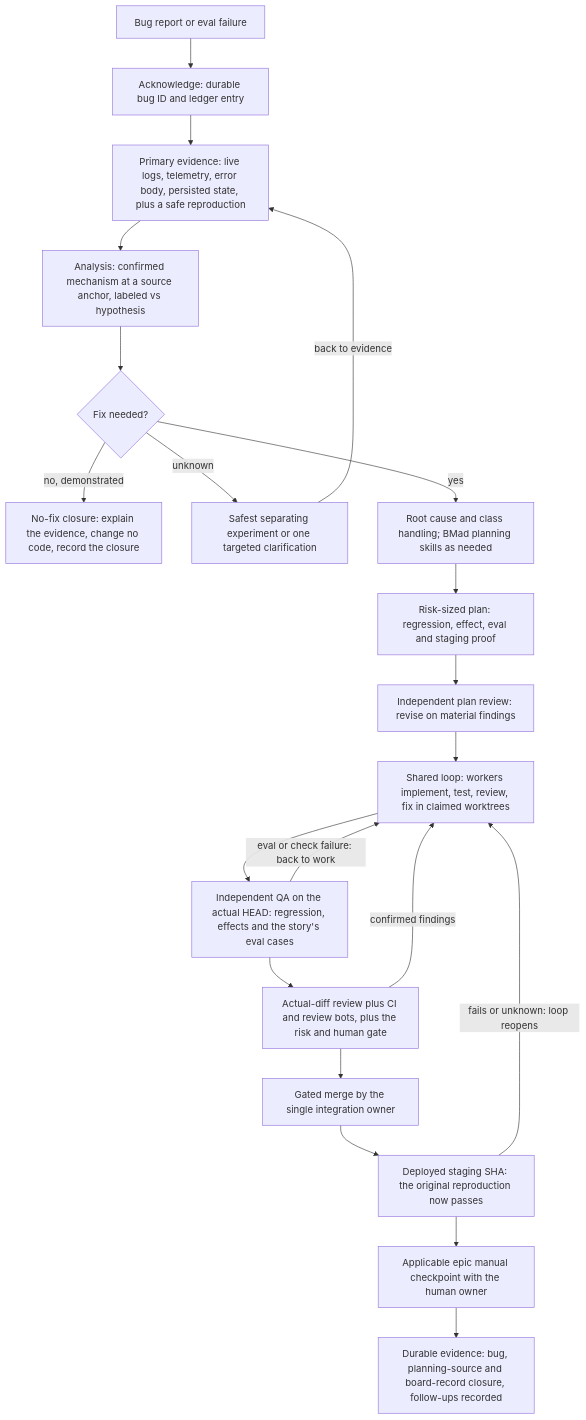
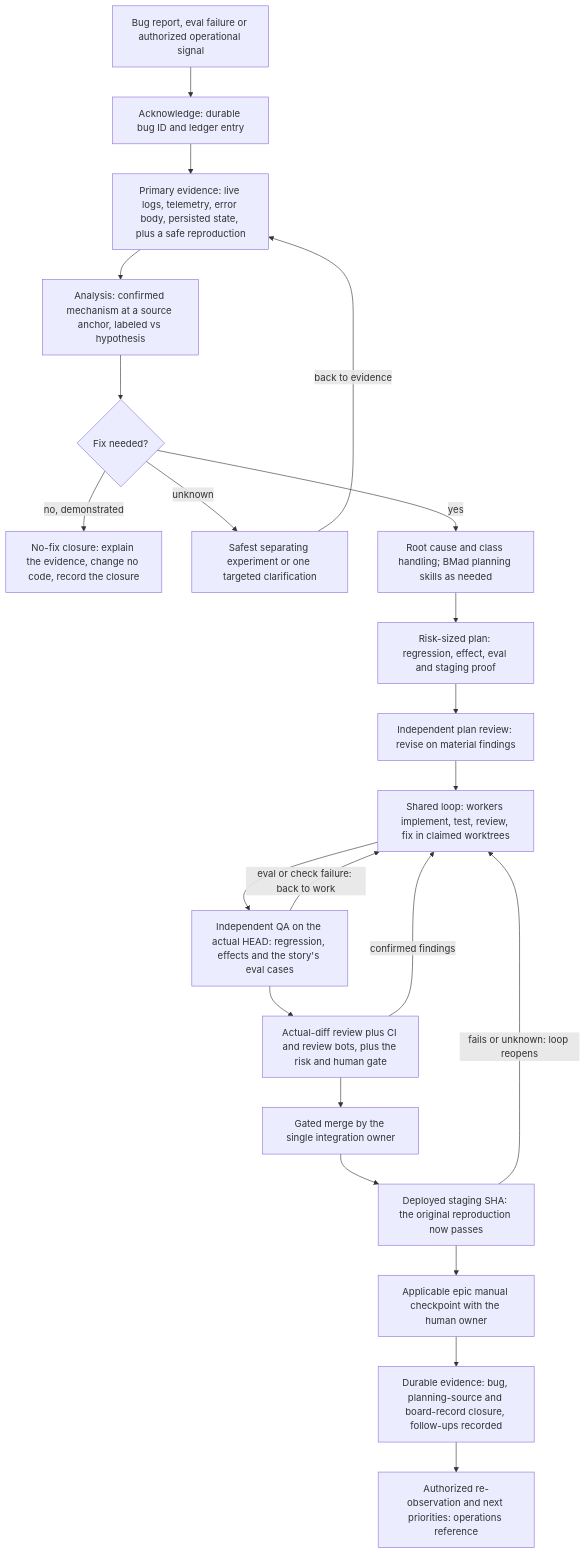
Before and after one commit to sbeeredd04/software-factory: the diagram in skills/software-factory/workflows/bug.md, drawn with Mermaid. The commit also changed other lines of this file and 3 other files, not shown here.

Commit message:
feat: connect authorized observations to delivery priorities

````diff
--- a/skills/software-factory/workflows/bug.md
+++ b/skills/software-factory/workflows/bug.md
@@ -6,23 +6,24 @@
 ```mermaid
 flowchart TD
-  X[Bug report or eval failure] --> A[Acknowledge: durable bug ID and ledger entry]
+  X[Bug report, eval failure or authorized operational signal] --> A[Acknowledge: durable bug ID and ledger entry]
   A --> E[Primary evidence: live logs, telemetry, error body, persisted state, plus a safe reproduction]
   E --> R[Analysis: confirmed mechanism at a source anchor, labeled vs hypothesis]
   R --> D{Fix needed?}
   D -->|no, demonstrated| Z[No-fix closure: explain the evidence, change no code, record the closure]
   D -->|unknown| U[Safest separating experiment or one targeted clarification]
   U -->|back to evidence| E
   D -->|yes| B[Root cause and class handling; BMad planning skills as needed]
   B --> P[Risk-sized plan: regression, effect, eval and staging proof]
   P --> PR[Independent plan review: revise on material findings]
   PR --> O[Shared loop: workers implement, test, review, fix in claimed worktrees]
   O --> V[Independent QA on the actual HEAD: regression, effects and the story's eval cases]
   V -->|eval or check failure: back to work| O
   V --> C[Actual-diff review plus CI and review bots, plus the risk and human gate]
   C -->|confirmed findings| O
   C --> M[Gated merge by the single integration owner]
   M --> S[Deployed staging SHA: the original reproduction now passes]
   S -->|fails or unknown: loop reopens| O
   S --> H[Applicable epic manual checkpoint with the human owner]
   H --> K[Durable evidence: bug, planning-source and board-record closure, follow-ups recorded]
+  K --> OP[Authorized re-observation and next priorities: operations reference]
 ```
````
